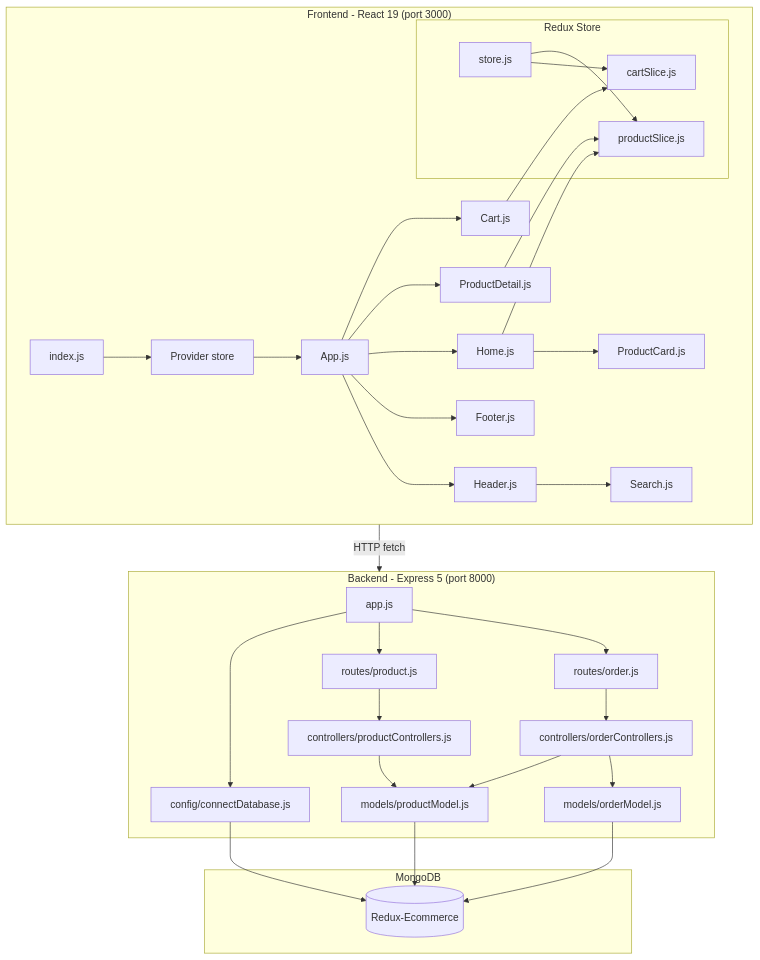
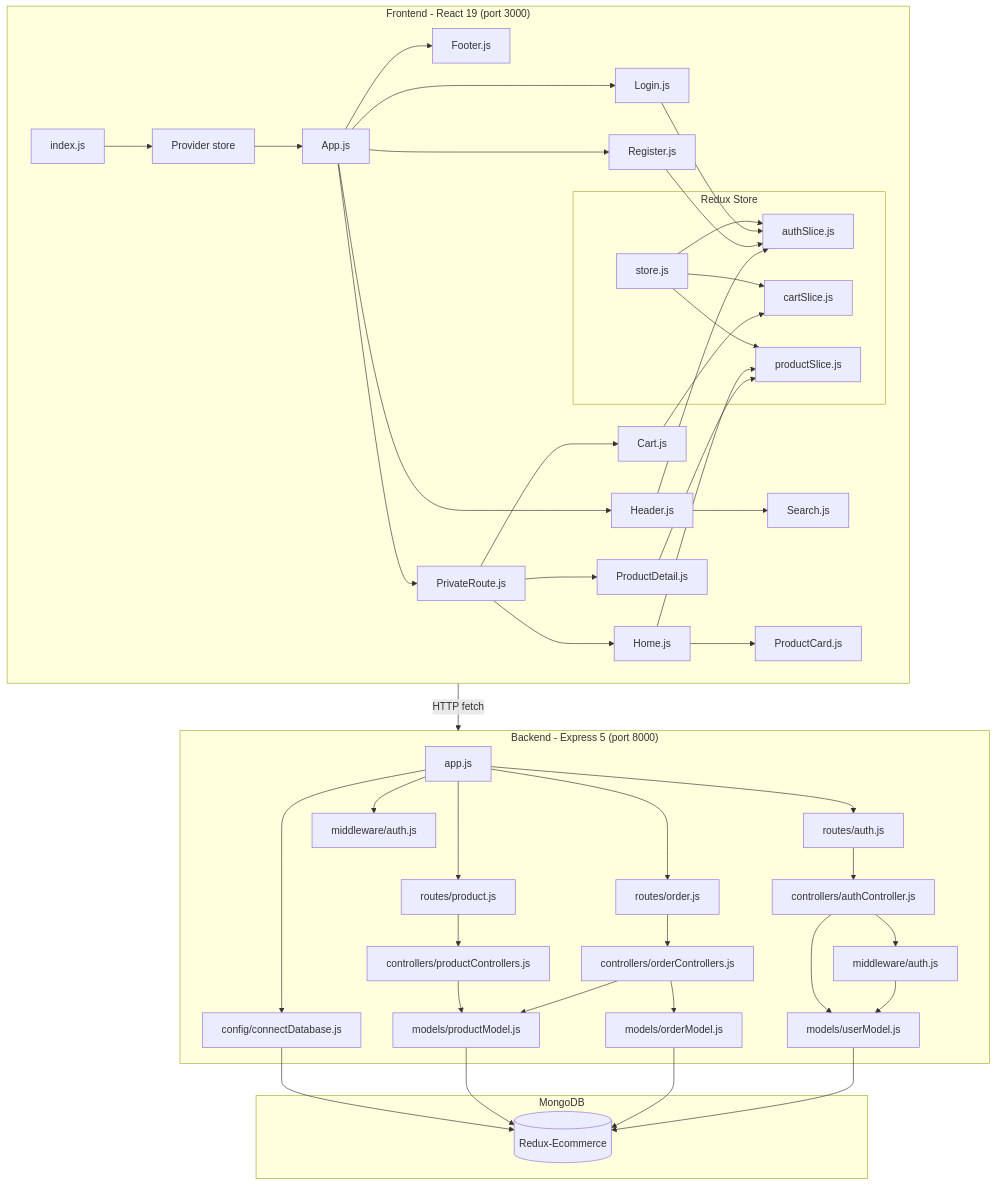
One commit to Makeshkumar103/Redux-Ecommerce changed the first of 3 diagrams in ARCHITECTURE.md. Above: the diagram before and after it, drawn with Mermaid. The commit also changed other lines of this file and 20 other files, not shown here.

Commit message:
Auth login feature added installed bycrpt jsonwebtoken

````diff
--- a/ARCHITECTURE.md
+++ b/ARCHITECTURE.md
@@ -5,41 +5,55 @@
 ```mermaid
 graph TB
     subgraph Frontend ["Frontend - React 19 (port 3000)"]
         A[index.js] --> B[Provider store]
         B --> C[App.js]
         C --> D[Header.js]
         C --> E[Footer.js]
-        C --> F[Home.js]
-        C --> G[ProductDetail.js]
-        C --> H[Cart.js]
-        D --> I[Search.js]
-        F --> J[ProductCard.js]
+        C --> F[PrivateRoute.js]
+        F --> G[Home.js]
+        F --> H[ProductDetail.js]
+        F --> I[Cart.js]
+        C --> J[Login.js]
+        C --> K[Register.js]
+        D --> L[Search.js]
+        G --> M[ProductCard.js]
         subgraph Redux Store
-            K[store.js] --> L[cartSlice.js]
-            K --> M[productSlice.js]
+            N[store.js] --> O[authSlice.js]
+            N --> P[cartSlice.js]
+            N --> Q[productSlice.js]
         end
-        F --> M
-        G --> M
-        H --> L
+        G --> Q
+        H --> Q
+        I --> P
+        J --> O
+        K --> O
+        D --> O
     end
 
     subgraph Backend ["Backend - Express 5 (port 8000)"]
-        N[app.js] --> O[routes/product.js]
-        N --> P[routes/order.js]
-        O --> Q[controllers/productControllers.js]
-        P --> R[controllers/orderControllers.js]
-        Q --> S[models/productModel.js]
-        R --> T[models/orderModel.js]
-        R --> S
-        N --> U[config/connectDatabase.js]
+        R[app.js] --> S[routes/product.js]
+        R --> T[routes/order.js]
+        R --> U[routes/auth.js]
+        S --> V[controllers/productControllers.js]
+        T --> W[controllers/orderControllers.js]
+        U --> X[controllers/authController.js]
+        V --> Y[models/productModel.js]
+        W --> Z[models/orderModel.js]
+        W --> Y
+        X --> AA[models/userModel.js]
+        X --> AB[middleware/auth.js]
+        AB --> AA
+        R --> AC[config/connectDatabase.js]
+        R --> AD[middleware/auth.js]
     end
 
     subgraph Database ["MongoDB"]
-        V[(Redux-Ecommerce)]
+        AE[(Redux-Ecommerce)]
     end
 
     Frontend -- HTTP fetch --> Backend
-    U --> V
-    S --> V
-    T --> V
+    AC --> AE
+    Y --> AE
+    Z --> AE
+    AA --> AE
 ```
````
